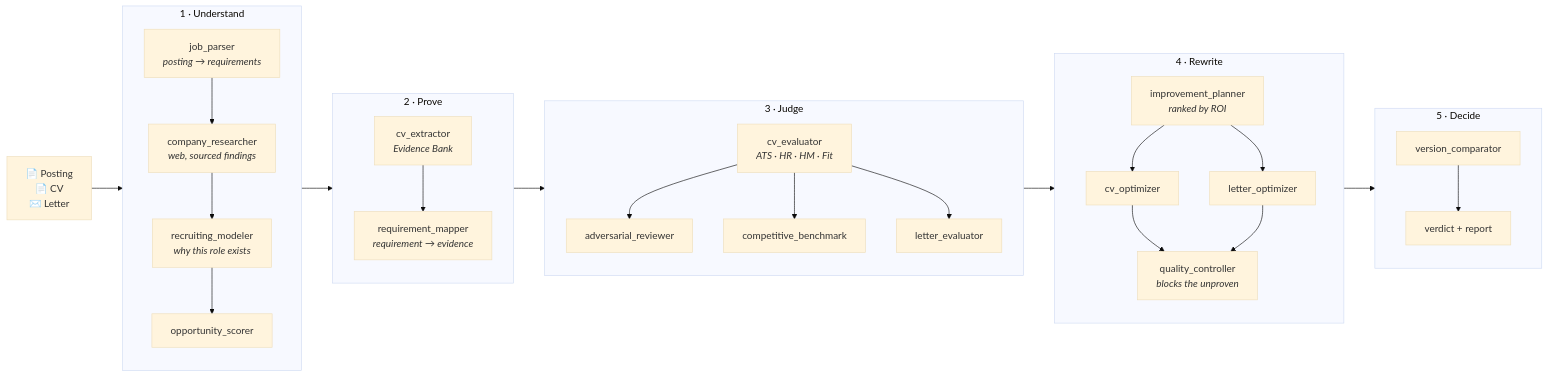
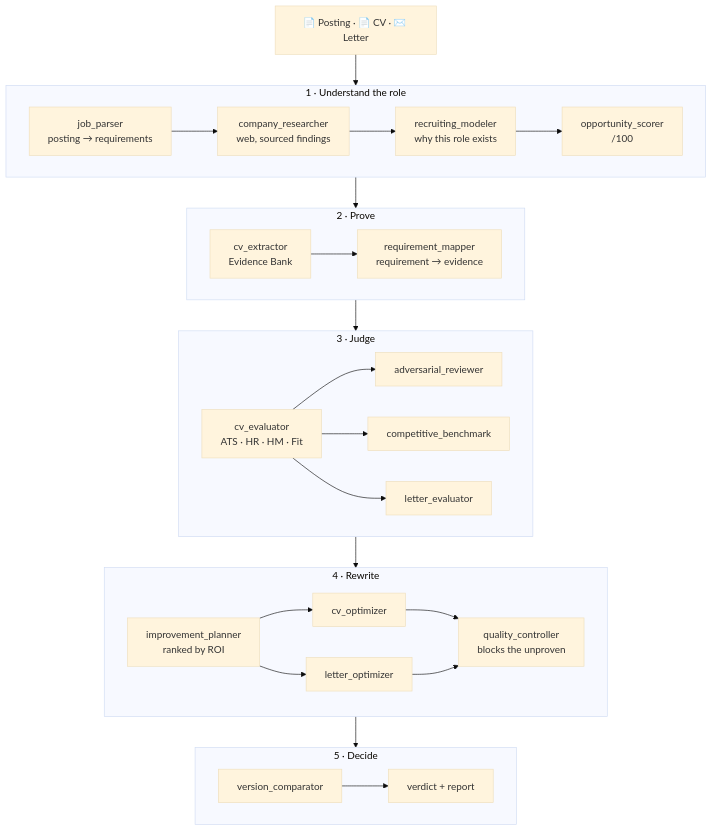
One commit to spykernv/open-ats changed the diagram in README.en.md. Above: the diagram before and after it, drawn with Mermaid (base theme). The commit also changed 1 other file, not shown here.

Commit message:
docs: make the pipeline diagram readable in a README column
The flowchart rendered 2510px wide, which GitHub scales down to the column
width — the node text ended up unreadable. Lay the phases out vertically with
horizontal internal flow (1152px wide) and drop the <i> tags, which are not
reliable inside mermaid node labels.

````diff
--- a/README.en.md
+++ b/README.en.md
@@ -130,38 +130,34 @@
 ```mermaid
-flowchart LR
-  IN["📄 Posting<br/>📄 CV<br/>✉️ Letter"] --> P1
+flowchart TB
+  IN["📄 Posting · 📄 CV · ✉️ Letter"] --> P1
 
-  subgraph P1["1 · Understand"]
-    direction TB
-    a1["job_parser<br/><i>posting → requirements</i>"] --> a2["company_researcher<br/><i>web, sourced findings</i>"]
-    a2 --> a3["recruiting_modeler<br/><i>why this role exists</i>"]
-    a3 --> a4["opportunity_scorer"]
+  subgraph P1["1 · Understand the role"]
+    direction LR
+    a1["job_parser<br/>posting → requirements"] --> a2["company_researcher<br/>web, sourced findings"] --> a3["recruiting_modeler<br/>why this role exists"] --> a4["opportunity_scorer<br/>/100"]
   end
 
   subgraph P2["2 · Prove"]
-    direction TB
-    b1["cv_extractor<br/><i>Evidence Bank</i>"] --> b2["requirement_mapper<br/><i>requirement → evidence</i>"]
+    direction LR
+    b1["cv_extractor<br/>Evidence Bank"] --> b2["requirement_mapper<br/>requirement → evidence"]
   end
 
   subgraph P3["3 · Judge"]
-    direction TB
-    c1["cv_evaluator<br/><i>ATS · HR · HM · Fit</i>"] --> c2["adversarial_reviewer"]
+    direction LR
+    c1["cv_evaluator<br/>ATS · HR · HM · Fit"] --> c2["adversarial_reviewer"]
     c1 --> c3["competitive_benchmark"]
     c1 --> c4["letter_evaluator"]
   end
 
   subgraph P4["4 · Rewrite"]
-    direction TB
-    d1["improvement_planner<br/><i>ranked by ROI</i>"] --> d2["cv_optimizer"]
-    d1 --> d3["letter_optimizer"]
-    d2 --> d4["quality_controller<br/><i>blocks the unproven</i>"]
-    d3 --> d4
+    direction LR
+    d1["improvement_planner<br/>ranked by ROI"] --> d2["cv_optimizer"] --> d4["quality_controller<br/>blocks the unproven"]
+    d1 --> d3["letter_optimizer"] --> d4
   end
 
   subgraph P5["5 · Decide"]
-    direction TB
+    direction LR
     e1["version_comparator"] --> e2["verdict + report"]
   end
 
   P1 --> P2 --> P3 --> P4 --> P5
 ```
````
